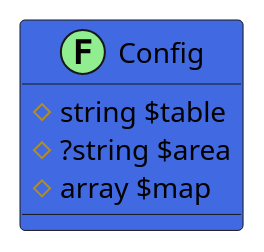
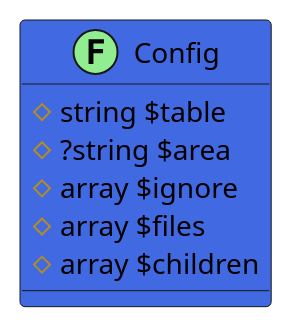
One commit to joomengine/jcb-packager changed the diagram in src/7a9928fe-c86f-4bb6-acd5-67ef2ef3b99e/README.md. Above: the diagram before and after it, drawn with PlantUML. The commit also changed other lines of this file and 498 other files, not shown here.

````diff
--- a/src/7a9928fe-c86f-4bb6-acd5-67ef2ef3b99e/README.md
+++ b/src/7a9928fe-c86f-4bb6-acd5-67ef2ef3b99e/README.md
@@ -13,10 +6,13 @@
 ```uml
 @startuml
+
 class Config << (F,LightGreen) >> #RoyalBlue {
   # string $table
   # ?string $area
-  # array $map
+  # array $ignore
+  # array $files
+  # array $children
 }
- 
+
 @enduml
 ```
````
